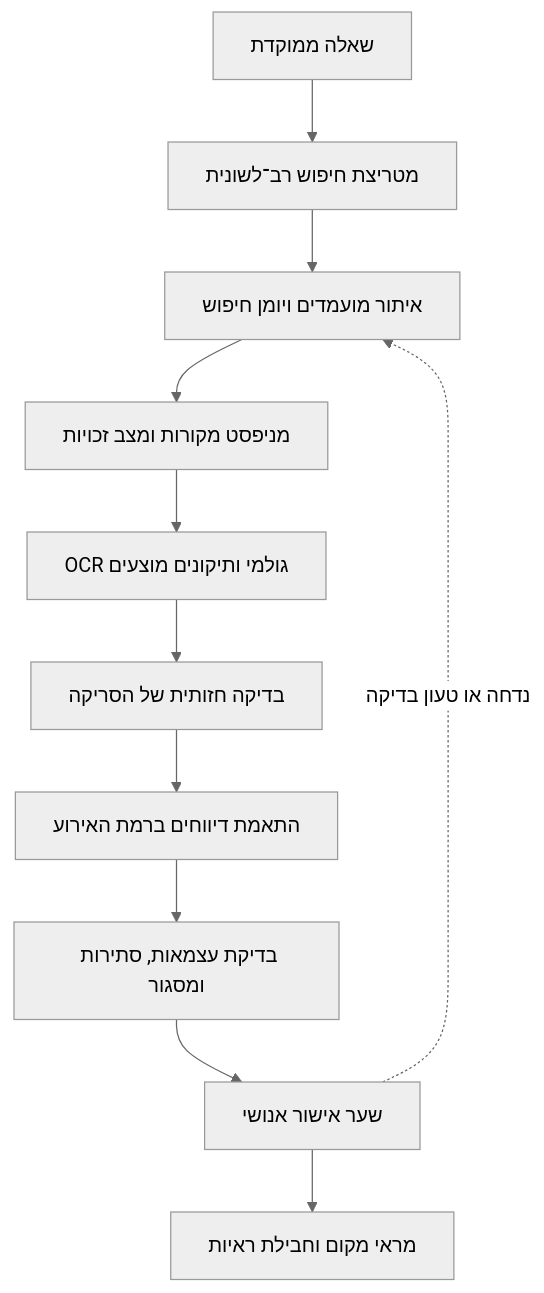
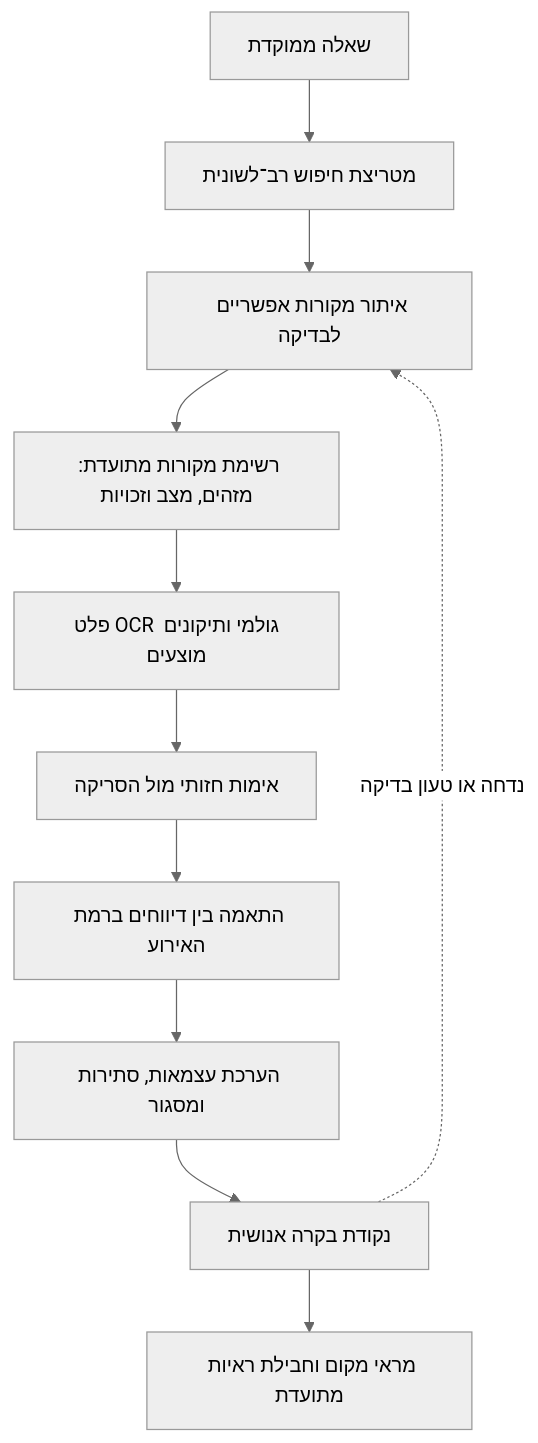
Before and after one commit to pedahzur/A.M.Pedahzur: the diagram in blog/sources/he/from-one-report-to-two-histories.md, drawn with Mermaid (neutral theme). The commit also changed other lines of this file and 3 other files, not shown here.

````diff
--- a/blog/sources/he/from-one-report-to-two-histories.md
+++ b/blog/sources/he/from-one-report-to-two-histories.md
@@ -58,13 +58,13 @@
 ```mermaid
 flowchart TD
     A["שאלה ממוקדת"] --> B["מטריצת חיפוש רב־לשונית"]
-    B --> C["איתור מועמדים ויומן חיפוש"]
-    C --> D["מניפסט מקורות ומצב זכויות"]
-    D --> E["OCR גולמי ותיקונים מוצעים"]
-    E --> F["בדיקה חזותית של הסריקה"]
-    F --> G["התאמת דיווחים ברמת האירוע"]
-    G --> H["בדיקת עצמאות, סתירות ומסגור"]
-    H --> I["שער אישור אנושי"]
-    I --> J["מראי מקום וחבילת ראיות"]
+    B --> C["איתור מקורות אפשריים לבדיקה"]
+    C --> D["רשימת מקורות מתועדת: מזהים, מצב וזכויות"]
+    D --> E["פלט OCR גולמי ותיקונים מוצעים"]
+    E --> F["אימות חזותי מול הסריקה"]
+    F --> G["התאמה בין דיווחים ברמת האירוע"]
+    G --> H["הערכת עצמאות, סתירות ומסגור"]
+    H --> I["נקודת בקרה אנושית"]
+    I --> J["מראי מקום וחבילת ראיות מתועדת"]
     I -. "נדחה או טעון בדיקה" .-> C
 ```
````
